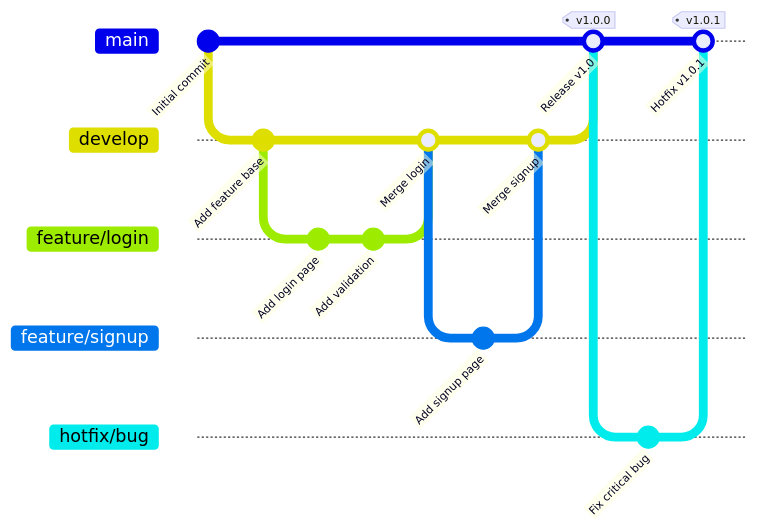
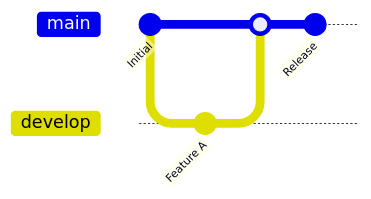
One commit to younwony/TIL changed the sixth of 8 diagrams in .claude/skills/mermaid-diagram/SKILL.md. Above: the diagram before and after it, drawn with Mermaid. The commit also changed other lines of this file and 38 other files, not shown here.

Commit message:
docs: 텍스트 다이어그램을 SVG 이미지로 교체, 네트워크 및 시스템 설계 문서 업데이트

````diff
--- a/.claude/skills/mermaid-diagram/SKILL.md
+++ b/.claude/skills/mermaid-diagram/SKILL.md
@@ -627,25 +178,10 @@
 ```mermaid
 gitGraph
-    commit id: "Initial commit"
+    commit id: "Initial"
     branch develop
     checkout develop
-    commit id: "Add feature base"
-    branch feature/login
-    checkout feature/login
-    commit id: "Add login page"
-    commit id: "Add validation"
-    checkout develop
-    merge feature/login id: "Merge login"
-    branch feature/signup
-    checkout feature/signup
-    commit id: "Add signup page"
-    checkout develop
-    merge feature/signup id: "Merge signup"
+    commit id: "Feature A"
     checkout main
-    merge develop id: "Release v1.0" tag: "v1.0.0"
-    branch hotfix/bug
-    checkout hotfix/bug
-    commit id: "Fix critical bug"
-    checkout main
-    merge hotfix/bug id: "Hotfix v1.0.1" tag: "v1.0.1"
+    merge develop
+    commit id: "Release"
 ```
````
